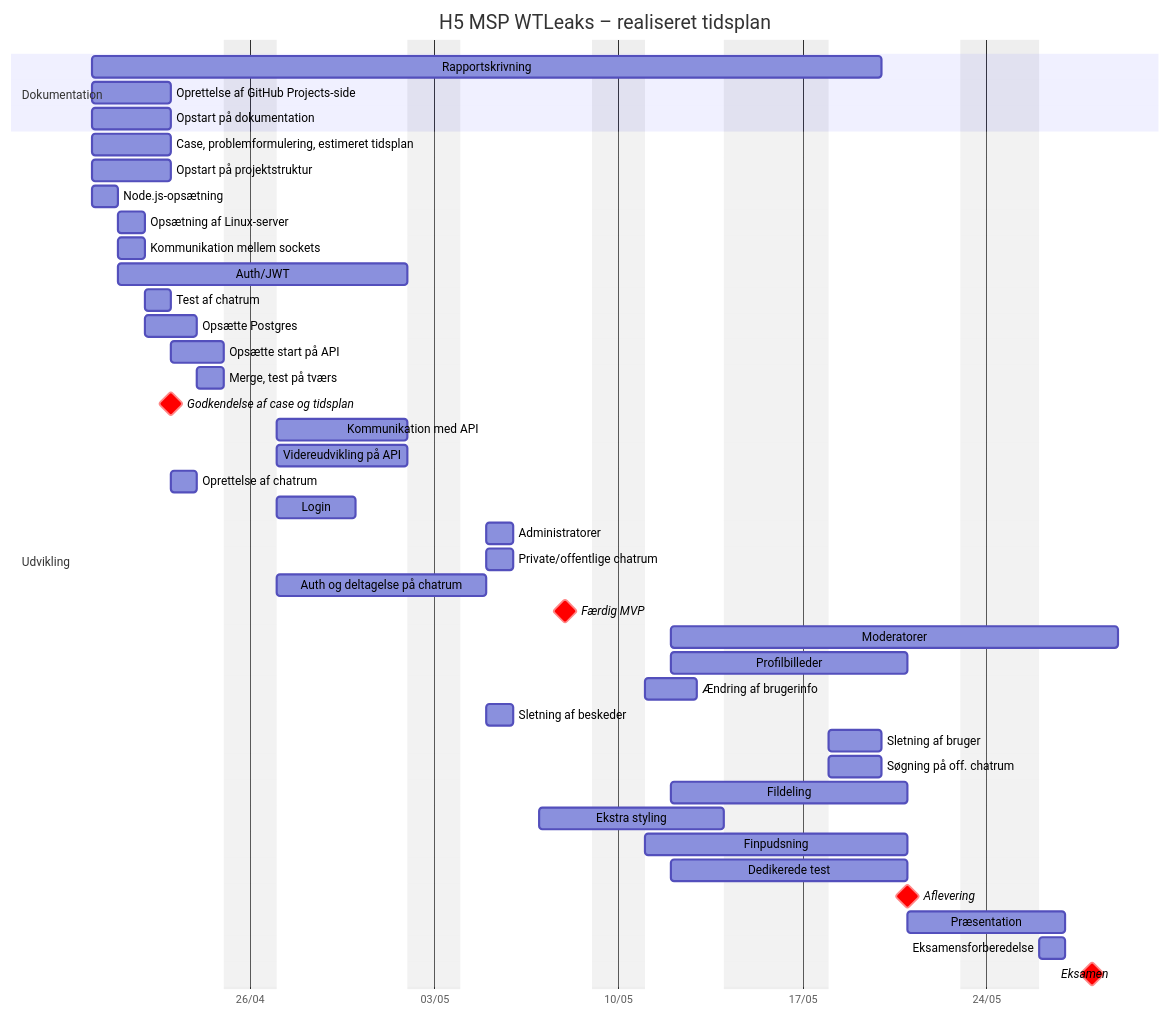
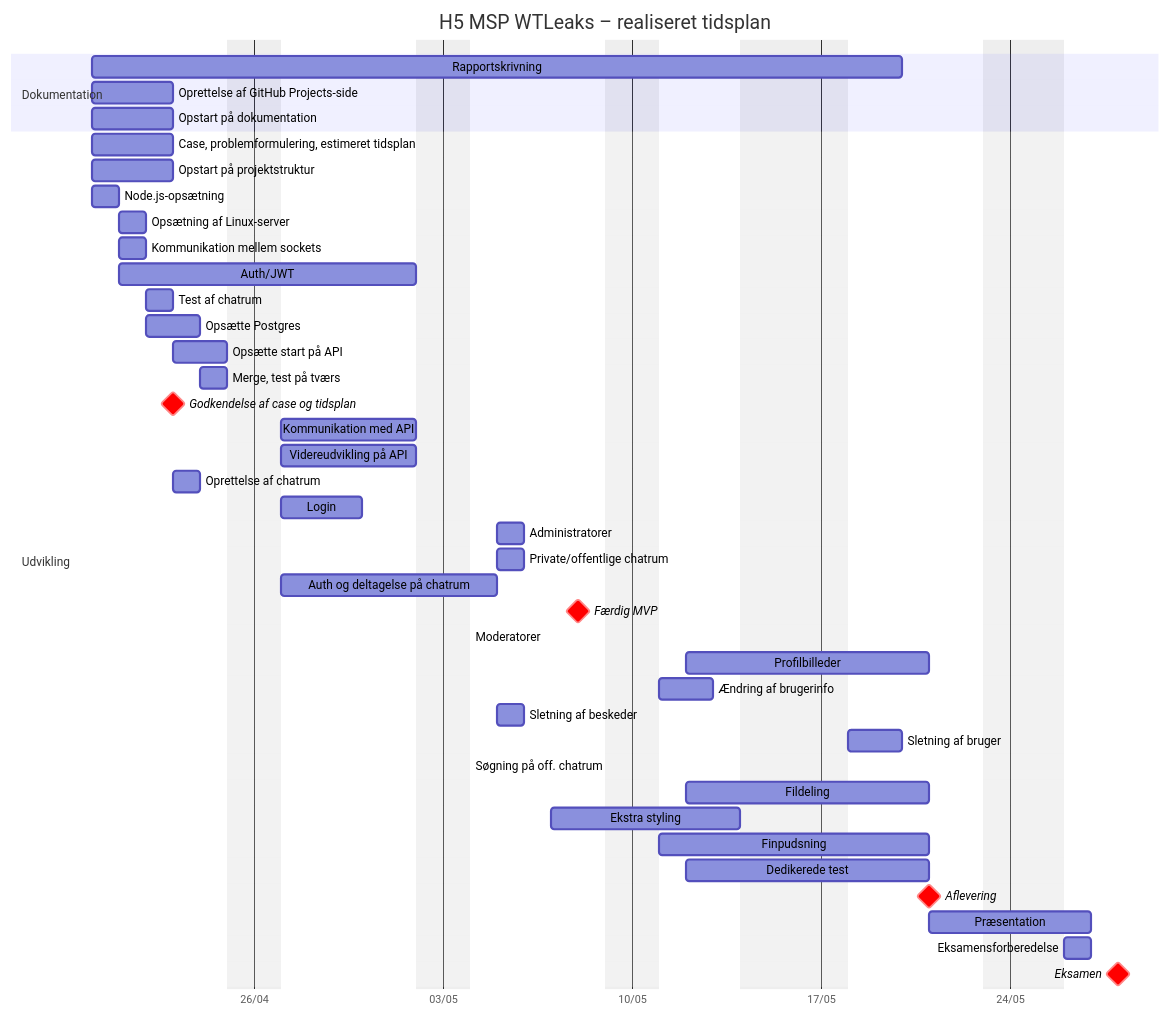
The diagram in Rapport/docs/Realiseret Tidsplan.md (Mercantec-GHC/h5-msp-wtleaks), drawn with Mermaid before and after one commit. The commit also changed 2 other files, not shown here.

Commit message:
Ingen funktionelle ændringer

````diff
--- a/Rapport/docs/Realiseret Tidsplan.md
+++ b/Rapport/docs/Realiseret Tidsplan.md
@@ -3,65 +3,65 @@
 ```mermaid
 ---
 config:
     themeVariables:
         taskTextColor: 'black'
         taskTextOutsideColor: 'black'
 ---
 gantt
     title H5 MSP WTLeaks – realiseret tidsplan
     dateFormat  YYYY-MM-DD
     axisFormat  %d/%m
     excludes  weekends, 2026-05-14, 2026-05-15, 2026-05-25
-    %% todayMarker off
+    todayMarker off
     
     section Dokumentation
     Rapportskrivning  : 2026-04-20, 20d
     Oprettelse af GitHub Projects-side  : 2026-04-20, 3d
     Opstart på dokumentation  : 2026-04-20, 3d
     
     section Udvikling
     %% Uge 1
     Case, problemformulering, estimeret tidsplan  : 2026-04-20, 3d
     Opstart på projektstruktur  : 2026-04-20, 3d
     Node.js-opsætning  : 2026-04-20, 1d
     Opsætning af Linux-server  : 2026-04-21, 1d
     Kommunikation mellem sockets  : 2026-04-21, 1d
     Auth/JWT  : jwt, 2026-04-21, 9d
     Test af chatrum  : 2026-04-22, 1d
     Opsætte Postgres  : 2026-04-22, 2d
     Opsætte start på API  : 2026-04-23, 2d
     Merge, test på tværs  : 2026-04-24, 1d
     Godkendelse af case og tidsplan  : crit, milestone, 2026-04-23, 0d
     
     %% Uge 2
     Kommunikation med API  : 2026-04-27, 5d
     Videreudvikling på API  : 2026-04-27, 5d
     Oprettelse af chatrum  : 2026-04-23, 1d
     Login  : 2026-04-27, 3d
     Administratorer  : 2026-05-05, 1d
     Private/offentlige chatrum  : 2026-05-05, 1d
     Auth og deltagelse på chatrum  : 2026-04-27, 6d
     Færdig MVP  : crit, milestone, 2026-05-08, 0d
     
     %% Uge 3
-    Moderatorer  : 2026-05-12, 10d
+    Moderatorer  : 2026-05-04, 0d
     Profilbilleder  : 2026-05-12, 5d
     Ændring af brugerinfo  : 2026-05-11, 2d
     Sletning af beskeder  : 2026-05-05, 1d
     Sletning af bruger  : 2026-05-18, 2d
-    Søgning på off. chatrum  : 2026-05-18, 2d
+    Søgning på off. chatrum  : 2026-05-04, 0d
     Fildeling  : 2026-05-12, 5d
     
     %% Uge 4
     Ekstra styling  : 2026-05-7, 5d
     Finpudsning  : 2026-05-11, 6d
     
     %% Uge 5
     Dedikerede test  : 2026-05-12, 5d
     Aflevering  : crit, milestone, 2026-05-21, 0d
     Præsentation  : 2026-05-21, 3d
     
     %% Uge 6
     Eksamensforberedelse  : 2026-05-26, 1d
     Eksamen  : crit, milestone, 2026-05-28, 0d
 ```
````
